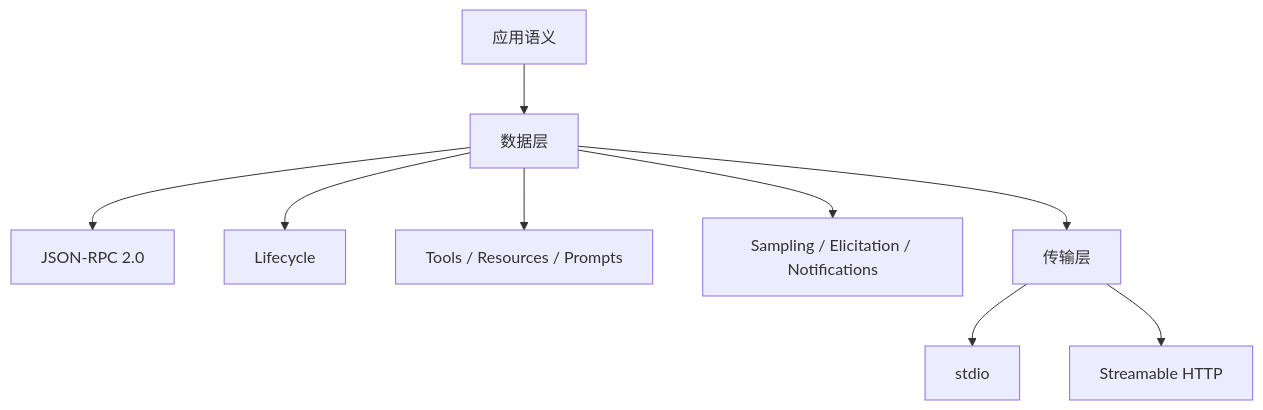
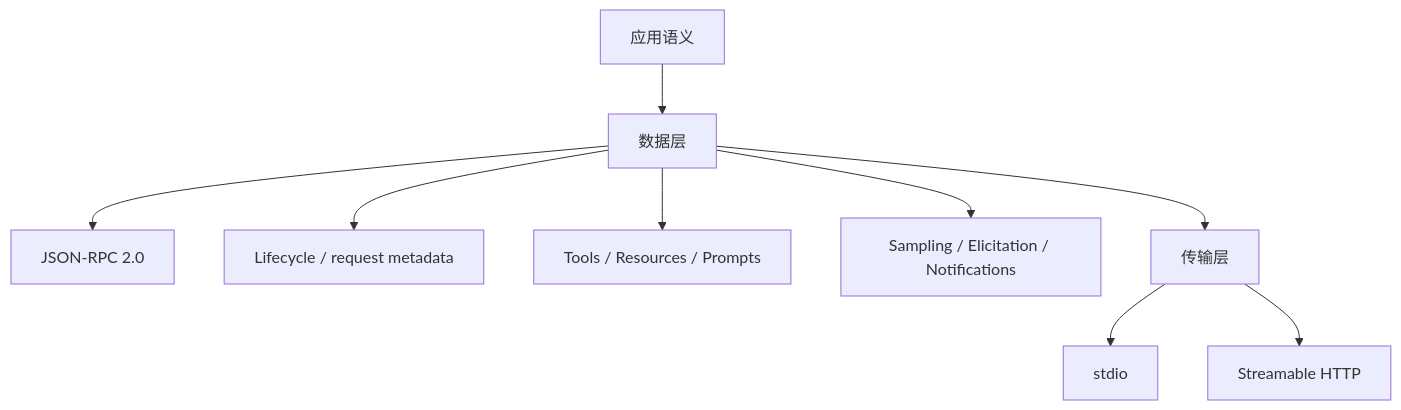
The second of 4 diagrams in books/0816MCP/Function Calling 与 MCP 协议：设计原理与工程实践.md (lijihao-0804/interview-forge), drawn with Mermaid before and after one commit. The commit also changed other lines of this file and 643 other files, not shown here.

````diff
--- a/books/0816MCP/Function Calling 与 MCP 协议：设计原理与工程实践.md
+++ b/books/0816MCP/Function Calling 与 MCP 协议：设计原理与工程实践.md
@@ -392,11 +402,11 @@
 ```mermaid
 flowchart TB
     A[应用语义] --> B[数据层]
     B --> B1[JSON-RPC 2.0]
-    B --> B2[Lifecycle]
+    B --> B2[Lifecycle / request metadata]
     B --> B3[Tools / Resources / Prompts]
     B --> B4[Sampling / Elicitation / Notifications]
     B --> C[传输层]
     C --> C1[stdio]
     C --> C2[Streamable HTTP]
 ```
````
